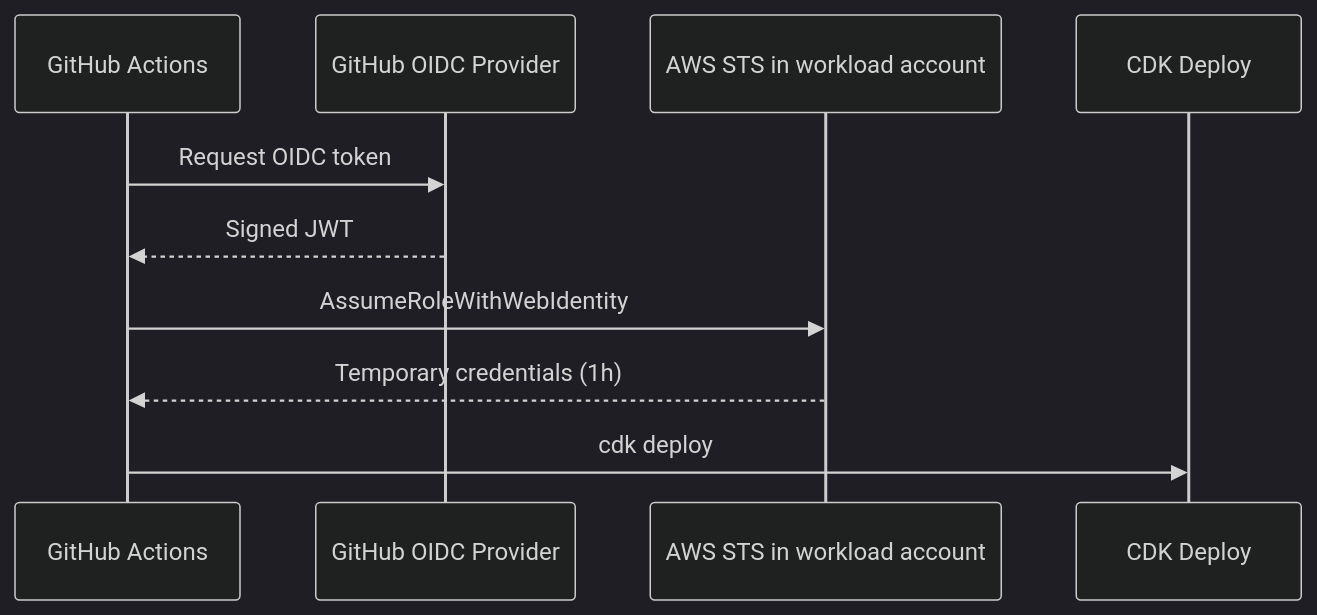
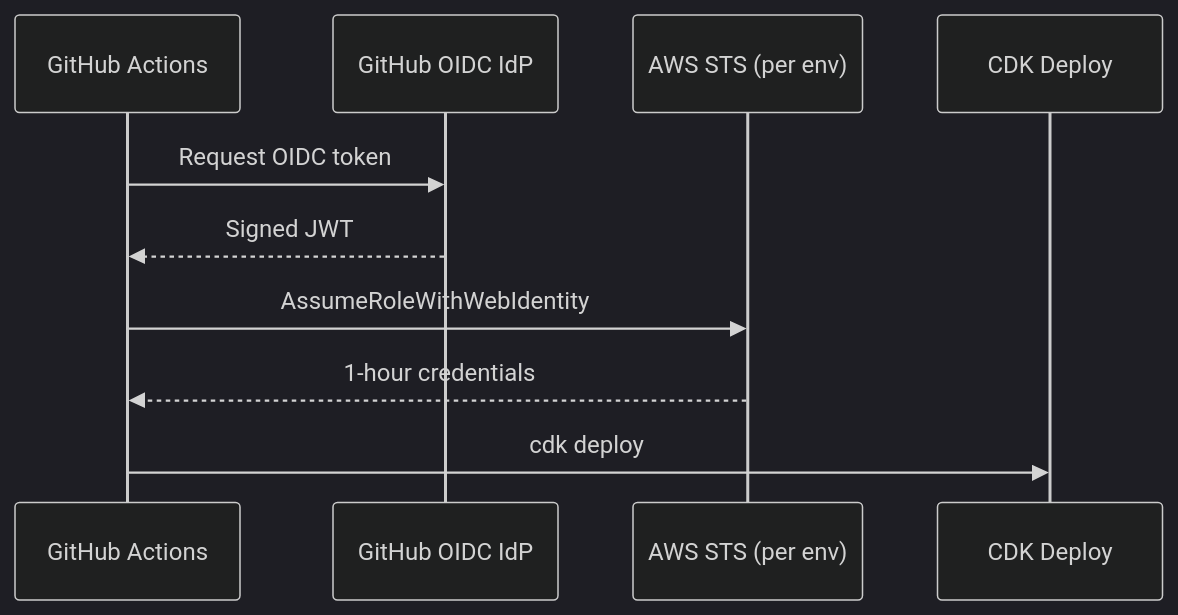
The seventh of 8 diagrams in designs/MIGRATION_WRITEUP.md (akhiljoe/razorpay-payment-integration), drawn with Mermaid (dark theme) before and after one commit. The commit also changed other lines of this file and 3 other files, not shown here.

````diff
--- a/designs/MIGRATION_WRITEUP.md
+++ b/designs/MIGRATION_WRITEUP.md
@@ -730,13 +556,13 @@
 ```mermaid
 sequenceDiagram
     participant GHA as GitHub Actions
-    participant OIDC as GitHub OIDC Provider
-    participant STS as AWS STS in workload account
+    participant OIDC as GitHub OIDC IdP
+    participant STS as AWS STS (per env)
     participant CDK as CDK Deploy
 
     GHA->>OIDC: Request OIDC token
     OIDC-->>GHA: Signed JWT
     GHA->>STS: AssumeRoleWithWebIdentity
-    STS-->>GHA: Temporary credentials (1h)
+    STS-->>GHA: 1-hour credentials
     GHA->>CDK: cdk deploy
 ```
````
